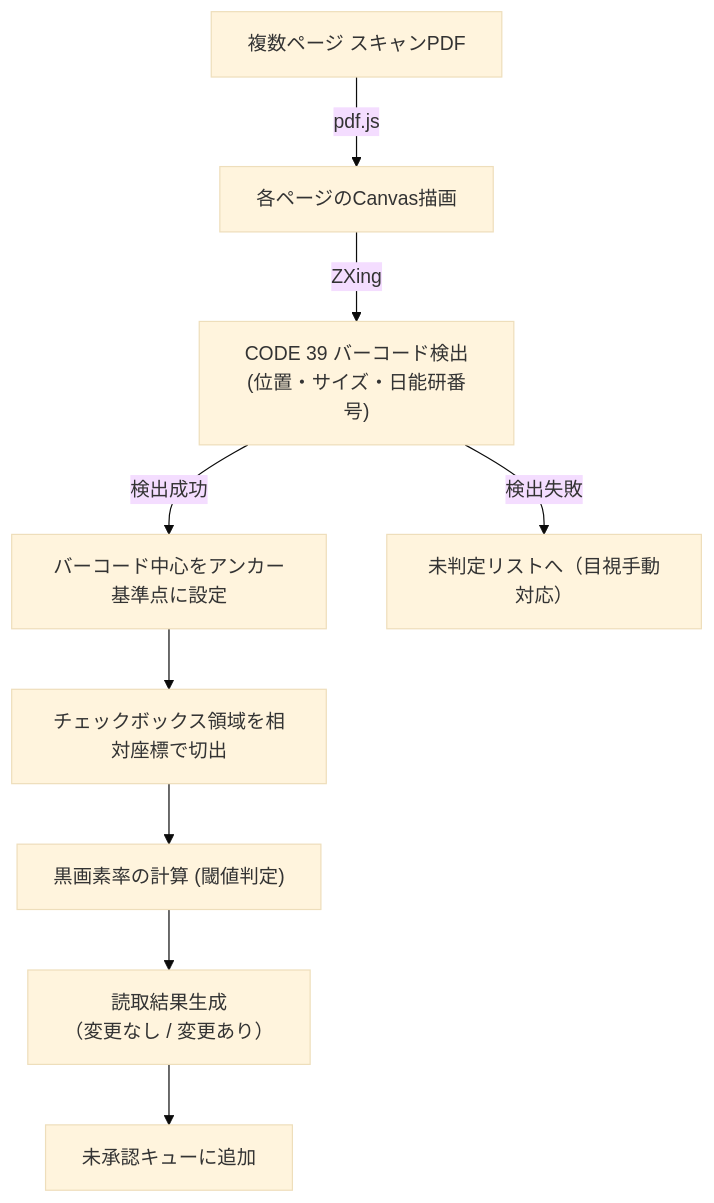
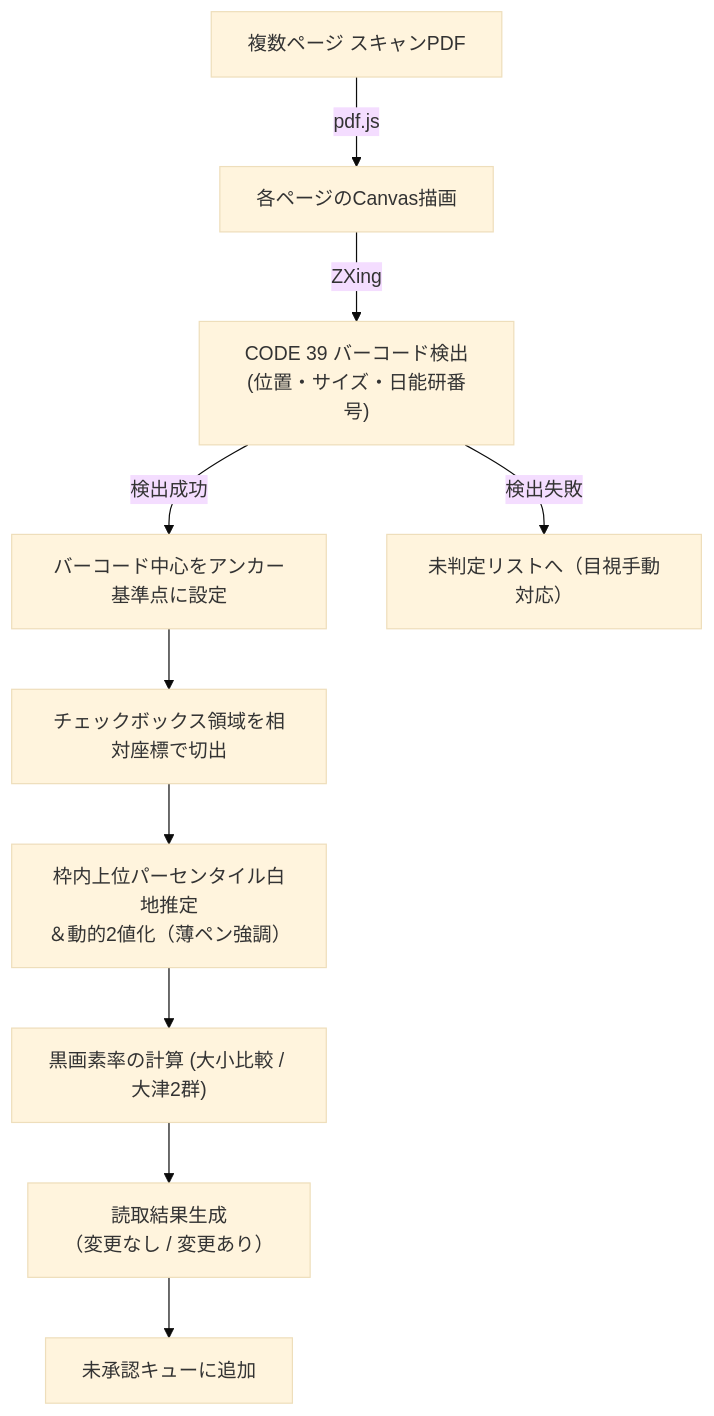
The third of 5 diagrams in CONCEPT_DESIGN.md (satakeryuunosuke/application_form_reader), drawn with Mermaid (base theme) before and after one commit. The commit also changed other lines of this file and 8 other files, not shown here.

````diff
--- a/CONCEPT_DESIGN.md
+++ b/CONCEPT_DESIGN.md
@@ -173,12 +176,13 @@
 ```mermaid
 graph TD
     PDF["複数ページ スキャンPDF"] -->|pdf.js| PageCanvas["各ページのCanvas描画"]
     PageCanvas -->|ZXing| DetectBC["CODE 39 バーコード検出<br/>(位置・サイズ・日能研番号)"]
     DetectBC -->|検出成功| SetAnchor["バーコード中心をアンカー基準点に設定"]
     DetectBC -->|検出失敗| ErrorQueue["未判定リストへ（目視手動対応）"]
     
     SetAnchor --> Crop["チェックボックス領域を相対座標で切出"]
-    Crop --> Calc["黒画素率の計算 (閾値判定)"]
+    Crop --> Adapt["枠内上位パーセンタイル白地推定<br/>＆動的2値化（薄ペン強調）"]
+    Adapt --> Calc["黒画素率の計算 (大小比較 / 大津2群)"]
     Calc --> Judge["読取結果生成<br/>（変更なし / 変更あり）"]
     Judge --> Queue["未承認キューに追加"]
 ```
````
